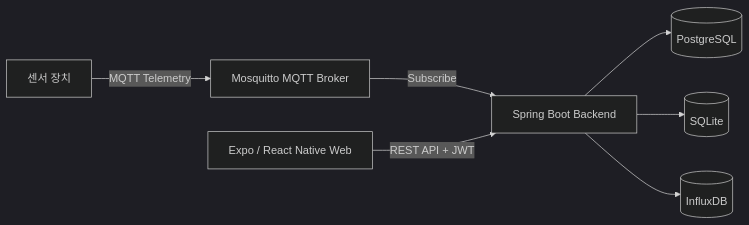
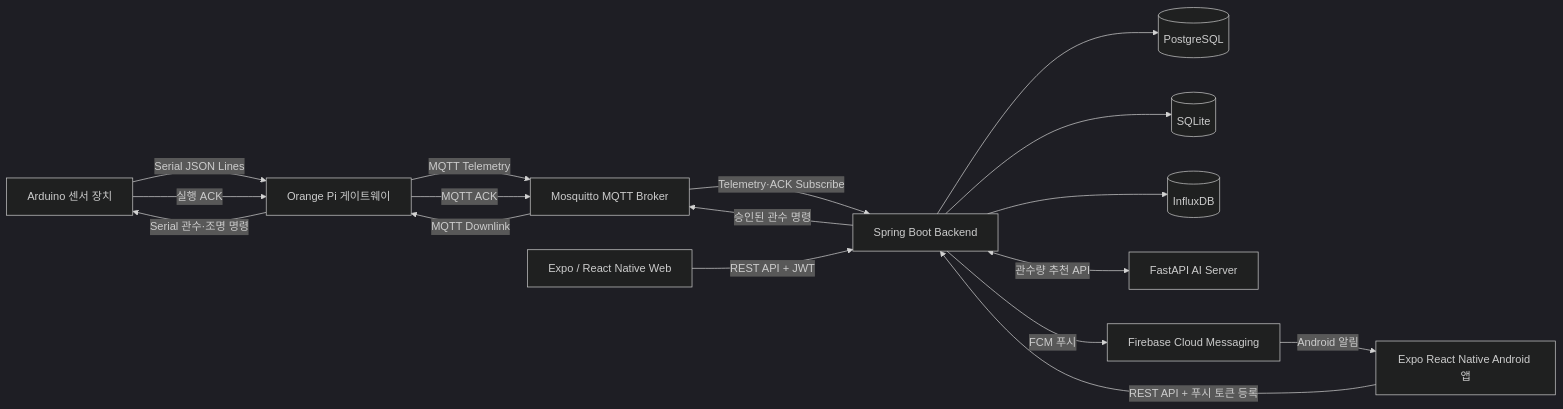
Before and after one commit to 7hyunii/pnuai-b-02-terrabyte: the first of 3 diagrams in README.md, drawn with Mermaid (dark theme). The commit also changed other lines of this file and 4 other files, not shown here.

````diff
--- a/README.md
+++ b/README.md
@@ -71,9 +77,19 @@
 ```mermaid
 flowchart LR
-    Sensor[센서 장치] -->|MQTT Telemetry| Broker[Mosquitto MQTT Broker]
-    Broker -->|Subscribe| Backend[Spring Boot Backend]
+    Sensor[Arduino 센서 장치] -->|Serial JSON Lines| Edge[Orange Pi 게이트웨이]
+    Edge -->|MQTT Telemetry| Broker[Mosquitto MQTT Broker]
+    Broker -->|Telemetry·ACK Subscribe| Backend[Spring Boot Backend]
+    Backend -->|승인된 관수 명령| Broker
+    Broker -->|MQTT Downlink| Edge
+    Edge -->|Serial 관수·조명 명령| Sensor
+    Sensor -->|실행 ACK| Edge
+    Edge -->|MQTT ACK| Broker
     Frontend[Expo / React Native Web] -->|REST API + JWT| Backend
+    Mobile[Expo React Native Android 앱] -->|REST API + 푸시 토큰 등록| Backend
     Backend --> PostgreSQL[(PostgreSQL)]
     Backend --> SQLite[(SQLite)]
     Backend --> InfluxDB[(InfluxDB)]
+    Backend <-->|관수량 추천 API| AiServer[FastAPI AI Server]
+    Backend -->|FCM 푸시| Firebase[Firebase Cloud Messaging]
+    Firebase -->|Android 알림| Mobile
 ```
````
